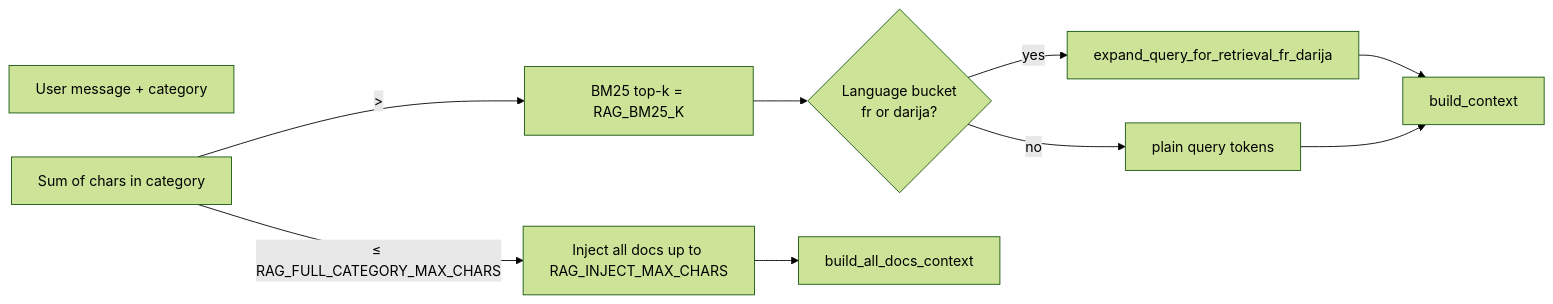
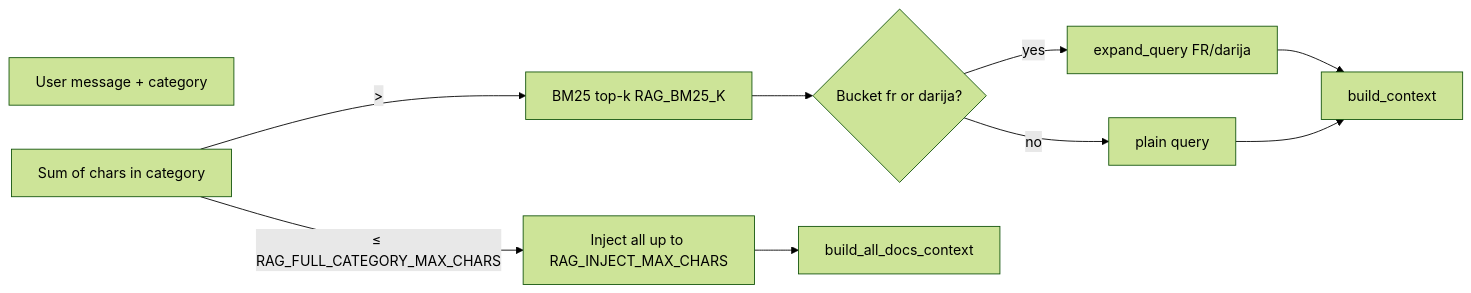
The second of 2 diagrams in project/ARCHITECTURE.md (chafiyounes/gemma-test), drawn with Mermaid (forest theme) before and after one commit. The commit also changed other lines of this file and 58 other files, not shown here.

````diff
--- a/project/ARCHITECTURE.md
+++ b/project/ARCHITECTURE.md
@@ -75,13 +65,13 @@
 ```mermaid
 flowchart LR
   Q[User message + category]
   S[Sum of chars in category]
-  S -->|≤ RAG_FULL_CATEGORY_MAX_CHARS| ALL[Inject all docs up to RAG_INJECT_MAX_CHARS]
-  S -->|>| BM25[BM25 top-k = RAG_BM25_K]
-  BM25 --> EXP{Language bucket\nfr or darija?}
-  EXP -->|yes| HINT[expand_query_for_retrieval_fr_darija]
-  EXP -->|no| PLAIN[plain query tokens]
+  S -->|≤ RAG_FULL_CATEGORY_MAX_CHARS| ALL[Inject all up to RAG_INJECT_MAX_CHARS]
+  S -->|>| BM25[BM25 top-k RAG_BM25_K]
+  BM25 --> EXP{Bucket fr or darija?}
+  EXP -->|yes| HINT[expand_query FR/darija]
+  EXP -->|no| PLAIN[plain query]
   HINT --> CTX[build_context]
   PLAIN --> CTX
   ALL --> INJ[build_all_docs_context]
 ```
````
